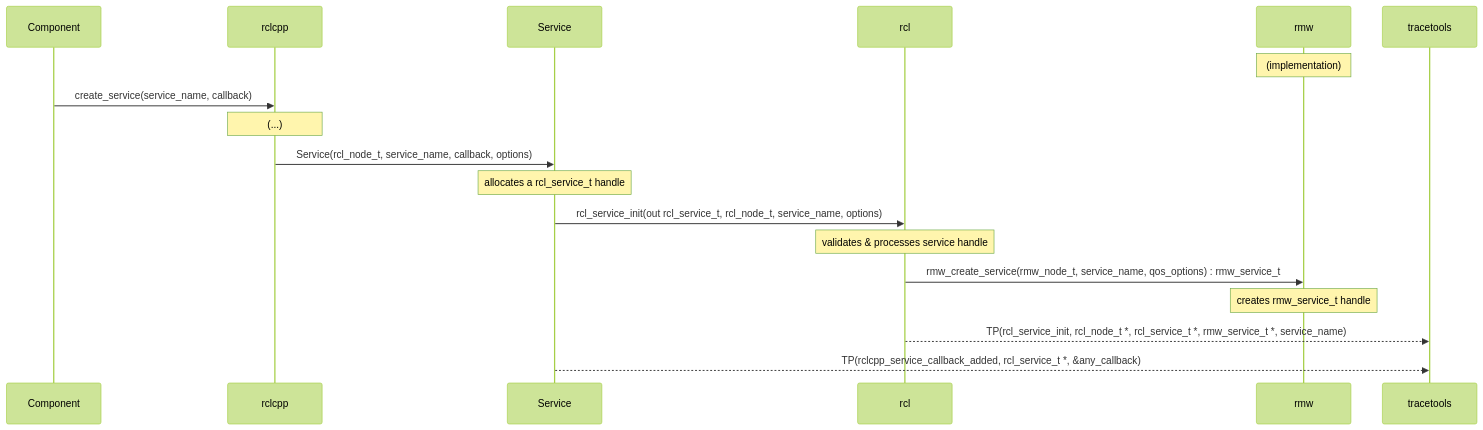
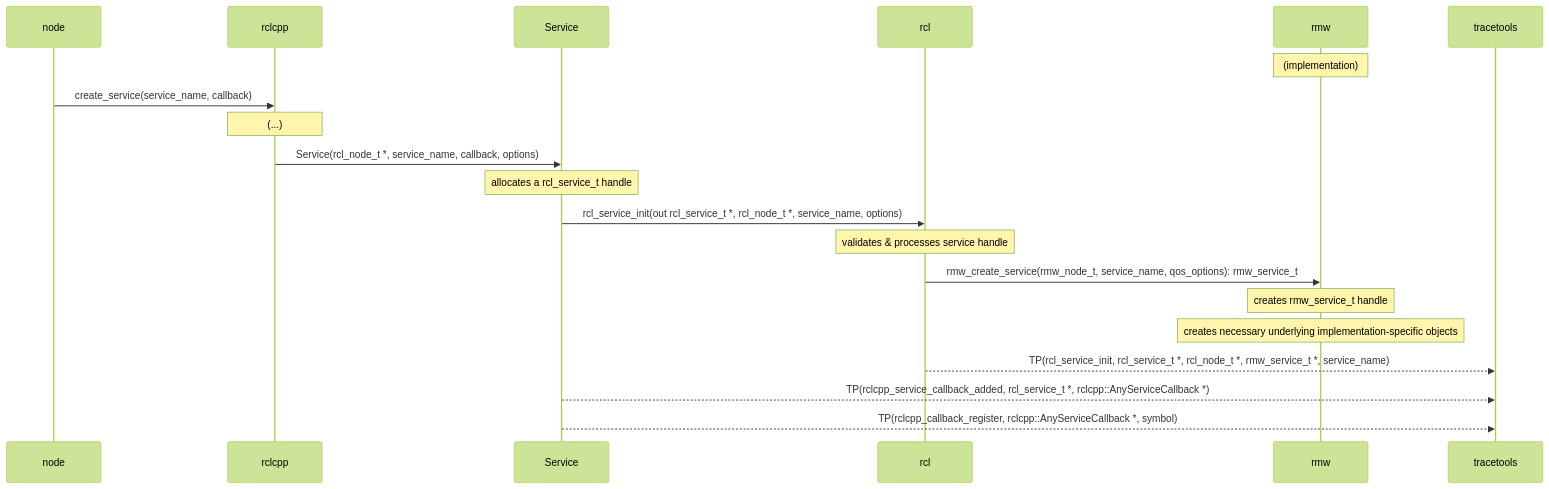
Before and after one commit to ros2-split-gbp/ros2_tracing-release: the eighth of 17 diagrams in doc/design_ros_2.md, drawn with Mermaid (forest theme). The commit also changed other lines of this file and 83 other files, not shown here.

````diff
--- a/doc/design_ros_2.md
+++ b/doc/design_ros_2.md
@@ -335,22 +480,24 @@
 ```mermaid
 sequenceDiagram
-    participant Component
+    participant node
     participant rclcpp
     participant Service
     participant rcl
     participant rmw
     participant tracetools
 
     Note over rmw: (implementation)
 
-    Component->>rclcpp: create_service(service_name, callback)
+    node->>rclcpp: create_service(service_name, callback)
     Note over rclcpp: (...)
-    rclcpp->>Service: Service(rcl_node_t, service_name, callback, options)
+    rclcpp->>Service: Service(rcl_node_t *, service_name, callback, options)
     Note over Service: allocates a rcl_service_t handle
-    Service->>rcl: rcl_service_init(out rcl_service_t, rcl_node_t, service_name, options)
+    Service->>rcl: rcl_service_init(out rcl_service_t *, rcl_node_t *, service_name, options)
     Note over rcl: validates & processes service handle
-    rcl->>rmw: rmw_create_service(rmw_node_t, service_name, qos_options) : rmw_service_t
+    rcl->>rmw: rmw_create_service(rmw_node_t, service_name, qos_options): rmw_service_t
     Note over rmw: creates rmw_service_t handle
-    rcl-->>tracetools: TP(rcl_service_init, rcl_node_t *, rcl_service_t *, rmw_service_t *, service_name)
-    Service-->>tracetools: TP(rclcpp_service_callback_added, rcl_service_t *, &any_callback)
+    Note over rmw: creates necessary underlying implementation-specific objects
+    rcl-->>tracetools: TP(rcl_service_init, rcl_service_t *, rcl_node_t *, rmw_service_t *, service_name)
+    Service-->>tracetools: TP(rclcpp_service_callback_added, rcl_service_t *, rclcpp::AnyServiceCallback *)
+    Service-->>tracetools: TP(rclcpp_callback_register, rclcpp::AnyServiceCallback *, symbol)
 ```
````
